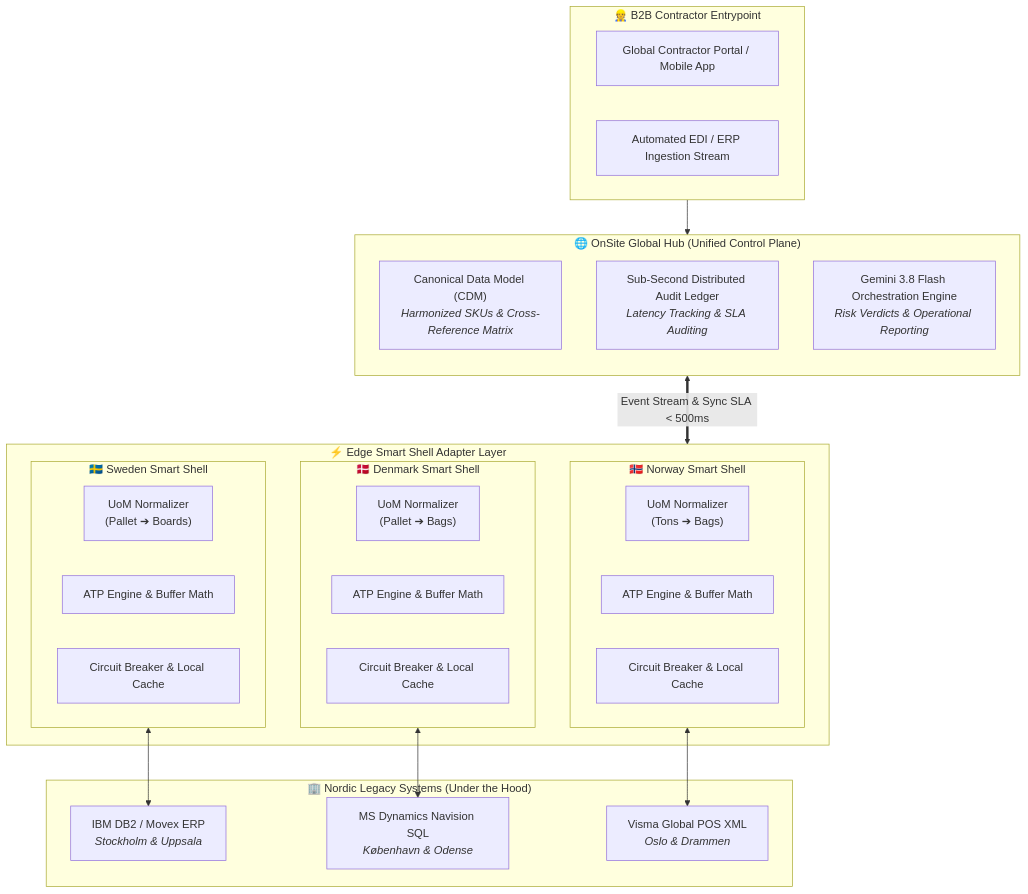
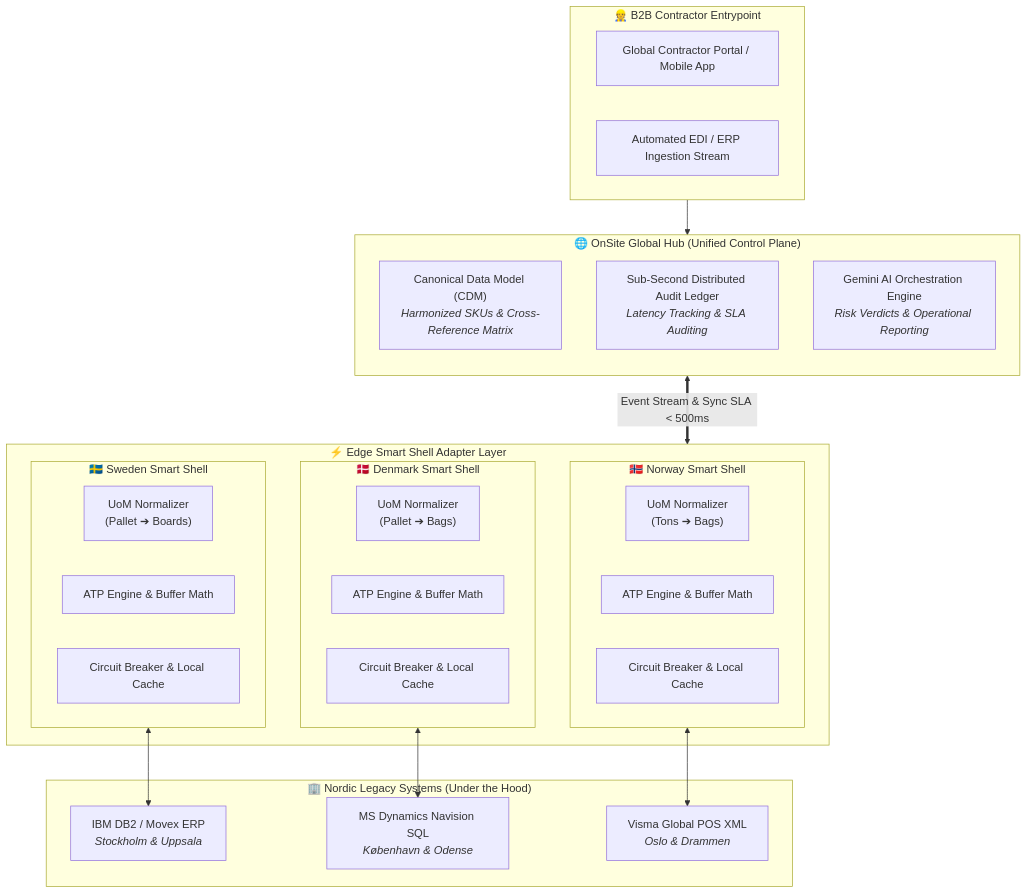
Before and after one commit to huynh-phong/OnSite: the first of 3 diagrams in README.md, drawn with Mermaid. The commit also changed other lines of this file and 10 other files, not shown here.

Commit message:
feat: optimize Gemini orchestration latency, streamline Vercel build, and update GitHub documentation

````diff
--- a/README.md
+++ b/README.md
@@ -52,46 +52,46 @@
 ```mermaid
 flowchart TB
     subgraph Contractors["👷 B2B Contractor Entrypoint"]
         Portal["Global Contractor Portal / Mobile App"]
         DirectEDI["Automated EDI / ERP Ingestion Stream"]
     end
 
     subgraph GlobalHub["🌐 OnSite Global Hub (Unified Control Plane)"]
         direction TB
         CDM["Canonical Data Model (CDM)<br/><i>Harmonized SKUs & Cross-Reference Matrix</i>"]
         GlobalLedger["Sub-Second Distributed Audit Ledger<br/><i>Latency Tracking & SLA Auditing</i>"]
-        AIEngine["Gemini 3.8 Flash Orchestration Engine<br/><i>Risk Verdicts & Operational Reporting</i>"]
+        AIEngine["Gemini AI Orchestration Engine<br/><i>Risk Verdicts & Operational Reporting</i>"]
     end
 
     subgraph SmartShells["⚡ Edge Smart Shell Adapter Layer"]
         subgraph SE_Shell["🇸🇪 Sweden Smart Shell"]
             SE_UoM["UoM Normalizer<br/>(Pallet ➔ Boards)"]
             SE_ATP["ATP Engine & Buffer Math"]
             SE_CB["Circuit Breaker & Local Cache"]
         end
 
         subgraph DK_Shell["🇩🇰 Denmark Smart Shell"]
             DK_UoM["UoM Normalizer<br/>(Pallet ➔ Bags)"]
             DK_ATP["ATP Engine & Buffer Math"]
             DK_CB["Circuit Breaker & Local Cache"]
         end
 
         subgraph NO_Shell["🇳🇴 Norway Smart Shell"]
             NO_UoM["UoM Normalizer<br/>(Tons ➔ Bags)"]
             NO_ATP["ATP Engine & Buffer Math"]
             NO_CB["Circuit Breaker & Local Cache"]
         end
     end
 
     subgraph LegacySystems["🏢 Nordic Legacy Systems (Under the Hood)"]
         DB2["IBM DB2 / Movex ERP<br/><i>Stockholm & Uppsala</i>"]
         MSSQL["MS Dynamics Navision SQL<br/><i>København & Odense</i>"]
         XMLPOS["Visma Global POS XML<br/><i>Oslo & Drammen</i>"]
     end
 
     Contractors --> GlobalHub
     GlobalHub <==>|"Event Stream & Sync SLA < 500ms"| SmartShells
     SE_Shell <--> DB2
     DK_Shell <--> MSSQL
     NO_Shell <--> XMLPOS
 ```
````
